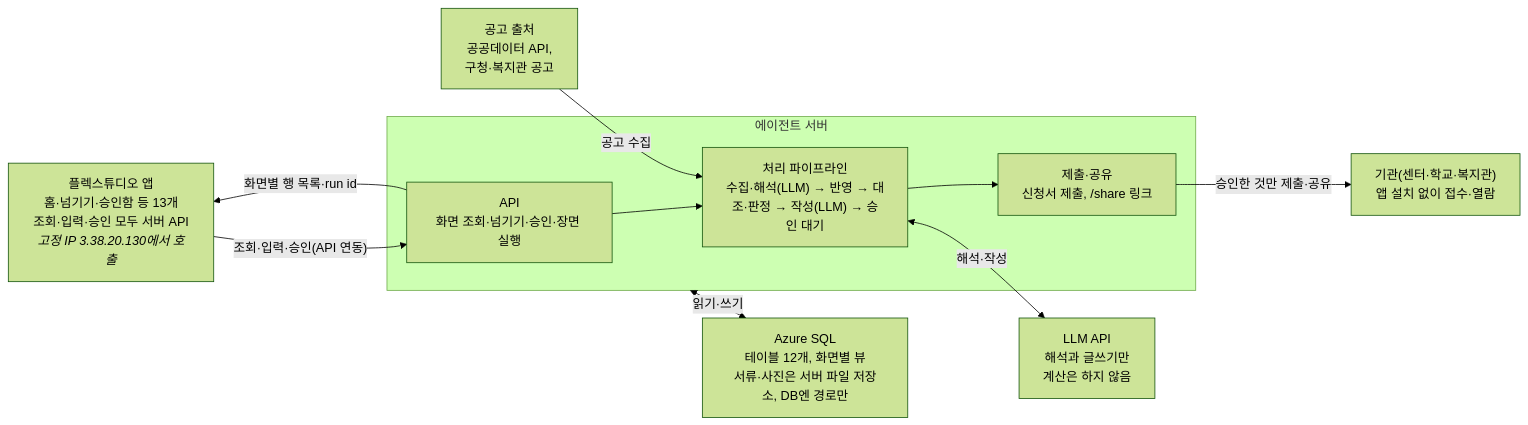
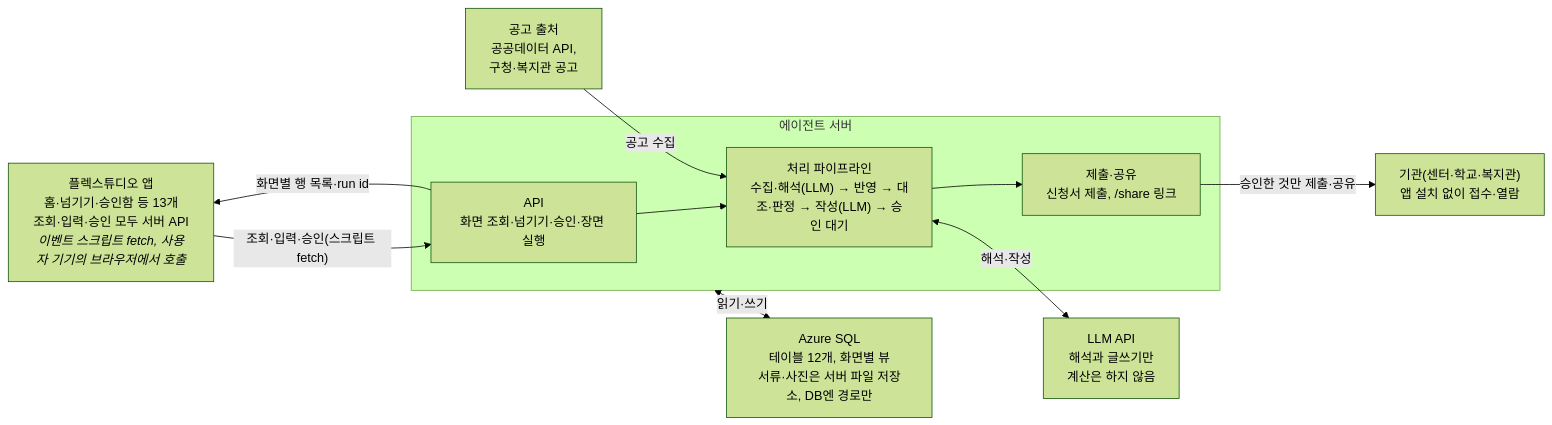
One commit to NiceTry3675/Individual-Resource-Planning-for-Kids changed the diagram in 이음-MVP-스펙.md. Above: the diagram before and after it, drawn with Mermaid (forest theme). The commit also changed other lines of this file and 1 other file, not shown here.

First line of the commit message:
docs: 화면 연동을 스크립트 fetch 기준으로 바꾸고 CORS·보안 정리

````diff
--- a/이음-MVP-스펙.md
+++ b/이음-MVP-스펙.md
@@ -42,20 +42,20 @@
 ```mermaid
 flowchart LR
-    APP["플렉스튜디오 앱<br/>홈·넘기기·승인함 등 13개<br/>조회·입력·승인 모두 서버 API<br/><i>고정 IP 3.38.20.130에서 호출</i>"]
+    APP["플렉스튜디오 앱<br/>홈·넘기기·승인함 등 13개<br/>조회·입력·승인 모두 서버 API<br/><i>이벤트 스크립트 fetch, 사용자 기기의 브라우저에서 호출</i>"]
     subgraph SERVER["에이전트 서버"]
         GW["API<br/>화면 조회·넘기기·승인·장면 실행"]
         PIPE["처리 파이프라인<br/>수집·해석(LLM) → 반영 → 대조·판정 → 작성(LLM) → 승인 대기"]
         OUT["제출·공유<br/>신청서 제출, /share 링크"]
         GW --> PIPE --> OUT
     end
     SRC["공고 출처<br/>공공데이터 API,<br/>구청·복지관 공고"]
     LLM["LLM API<br/>해석과 글쓰기만<br/>계산은 하지 않음"]
     DB["Azure SQL<br/>테이블 12개, 화면별 뷰<br/>서류·사진은 서버 파일 저장소, DB엔 경로만"]
     ORG["기관(센터·학교·복지관)<br/>앱 설치 없이 접수·열람"]
-    APP -- "조회·입력·승인(API 연동)" --> GW
+    APP -- "조회·입력·승인(스크립트 fetch)" --> GW
     GW -- "화면별 행 목록·run id" --> APP
     SRC -- "공고 수집" --> PIPE
     PIPE <-- "해석·작성" --> LLM
     SERVER <-- "읽기·쓰기" --> DB
     OUT -- "승인한 것만 제출·공유" --> ORG
 ```
````
